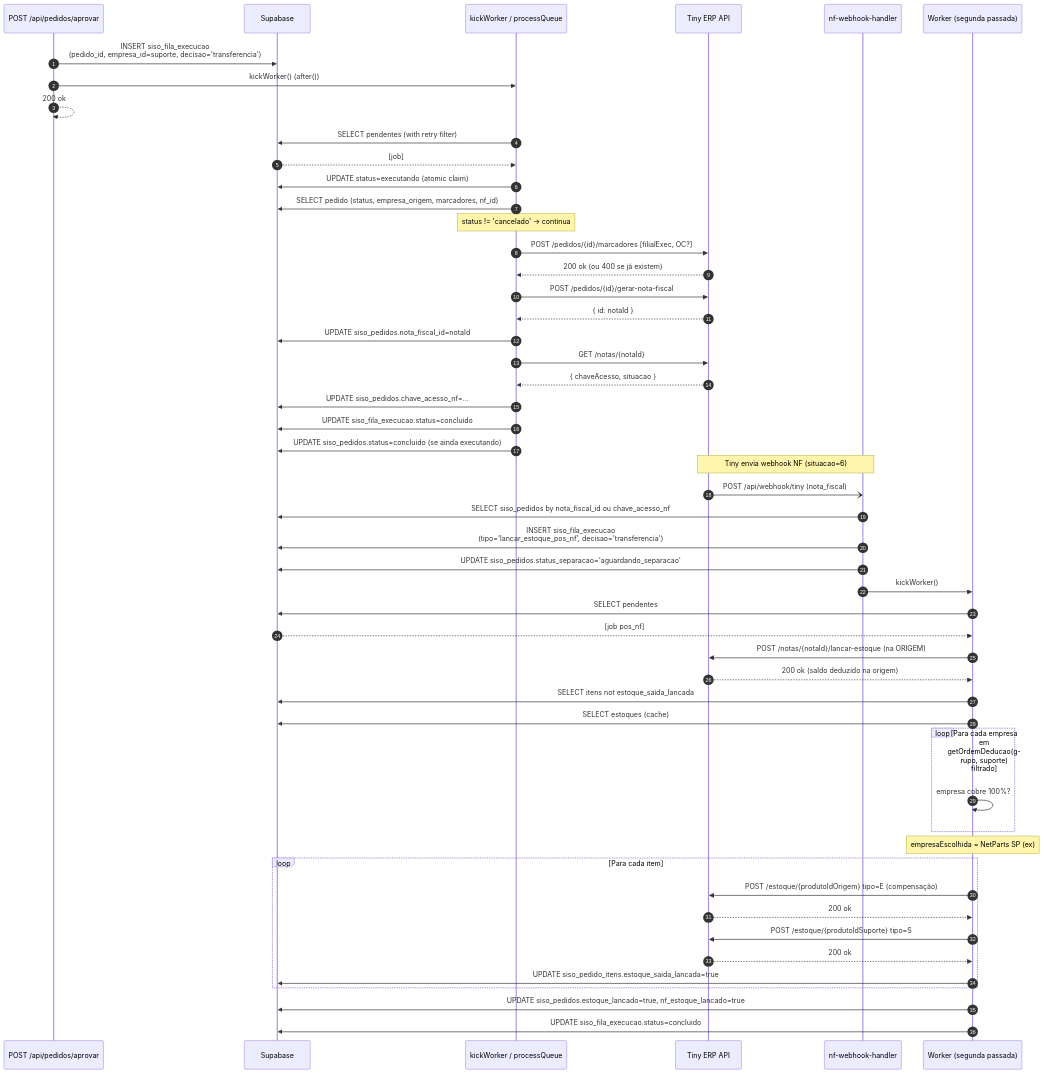
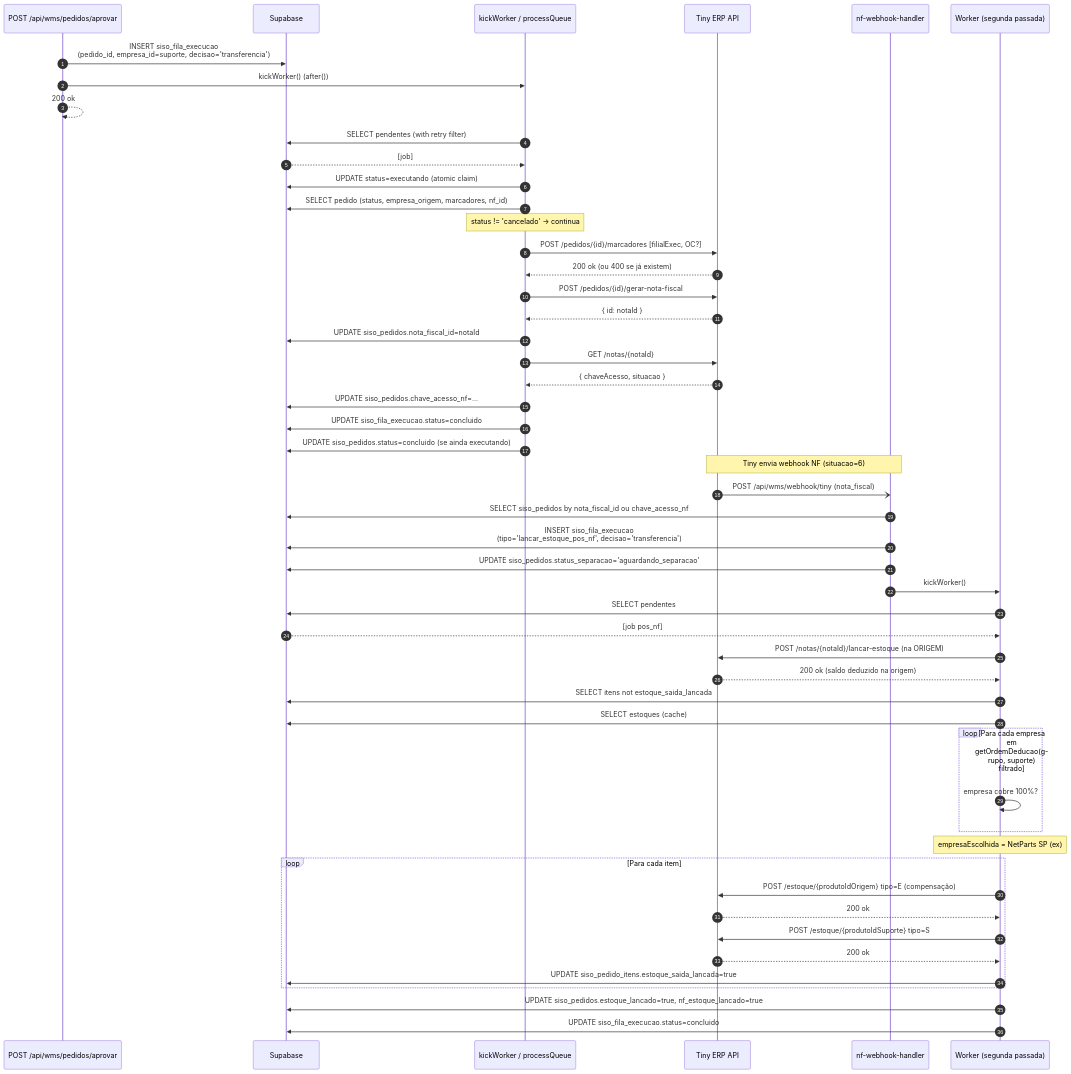
The third of 3 diagrams in docs/fluxos/04-execucao-worker.md (Eryk-dev/estoquelever), drawn with Mermaid before and after one commit. The commit also changed other lines of this file and 20 other files, not shown here.

````diff
--- a/docs/fluxos/04-execucao-worker.md
+++ b/docs/fluxos/04-execucao-worker.md
@@ -632,62 +632,62 @@
 ```mermaid
 sequenceDiagram
     autonumber
-    participant Aprov as POST /api/pedidos/aprovar
+    participant Aprov as POST /api/wms/pedidos/aprovar
     participant DB as Supabase
     participant W as kickWorker / processQueue
     participant Tiny as Tiny ERP API
     participant NfHook as nf-webhook-handler
     participant W2 as Worker (segunda passada)
 
     Aprov->>DB: INSERT siso_fila_execucao<br/>(pedido_id, empresa_id=suporte, decisao='transferencia')
     Aprov->>W: kickWorker() (after())
     Aprov-->>Aprov: 200 ok
 
     W->>DB: SELECT pendentes (with retry filter)
     DB-->>W: [job]
     W->>DB: UPDATE status=executando (atomic claim)
     W->>DB: SELECT pedido (status, empresa_origem, marcadores, nf_id)
     Note over W: status != 'cancelado' → continua
 
     W->>Tiny: POST /pedidos/{id}/marcadores [filialExec, OC?]
     Tiny-->>W: 200 ok (ou 400 se já existem)
     W->>Tiny: POST /pedidos/{id}/gerar-nota-fiscal
     Tiny-->>W: { id: notaId }
     W->>DB: UPDATE siso_pedidos.nota_fiscal_id=notaId
     W->>Tiny: GET /notas/{notaId}
     Tiny-->>W: { chaveAcesso, situacao }
     W->>DB: UPDATE siso_pedidos.chave_acesso_nf=...
     W->>DB: UPDATE siso_fila_execucao.status=concluido
     W->>DB: UPDATE siso_pedidos.status=concluido (se ainda executando)
 
     Note over Tiny,NfHook: Tiny envia webhook NF (situacao=6)
 
-    Tiny-)NfHook: POST /api/webhook/tiny (nota_fiscal)
+    Tiny-)NfHook: POST /api/wms/webhook/tiny (nota_fiscal)
     NfHook->>DB: SELECT siso_pedidos by nota_fiscal_id ou chave_acesso_nf
     NfHook->>DB: INSERT siso_fila_execucao<br/>(tipo='lancar_estoque_pos_nf', decisao='transferencia')
     NfHook->>DB: UPDATE siso_pedidos.status_separacao='aguardando_separacao'
     NfHook->>W2: kickWorker()
 
     W2->>DB: SELECT pendentes
     DB-->>W2: [job pos_nf]
     W2->>Tiny: POST /notas/{notaId}/lancar-estoque (na ORIGEM)
     Tiny-->>W2: 200 ok (saldo deduzido na origem)
     W2->>DB: SELECT itens not estoque_saida_lancada
     W2->>DB: SELECT estoques (cache)
 
     loop Para cada empresa em getOrdemDeducao(grupo, suporte) filtrado
         W2->>W2: empresa cobre 100%?
     end
     Note over W2: empresaEscolhida = NetParts SP (ex)
 
     loop Para cada item
         W2->>Tiny: POST /estoque/{produtoIdOrigem} tipo=E (compensação)
         Tiny-->>W2: 200 ok
         W2->>Tiny: POST /estoque/{produtoIdSuporte} tipo=S
         Tiny-->>W2: 200 ok
         W2->>DB: UPDATE siso_pedido_itens.estoque_saida_lancada=true
     end
 
     W2->>DB: UPDATE siso_pedidos.estoque_lancado=true, nf_estoque_lancado=true
     W2->>DB: UPDATE siso_fila_execucao.status=concluido
 ```
````
